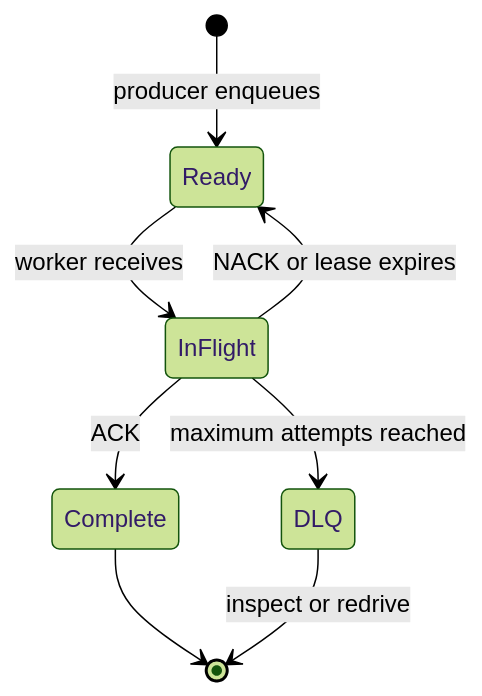
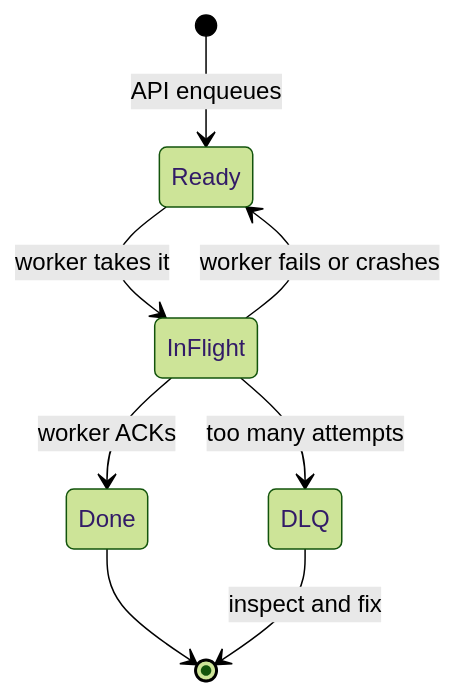
Before and after one commit to alanqi03/sys-design: the diagram in queues/queue-fundamentals.md, drawn with Mermaid (forest theme). The commit also changed other lines of this file and 6 other files, not shown here.

````diff
--- a/queues/queue-fundamentals.md
+++ b/queues/queue-fundamentals.md
@@ -24,10 +26,10 @@
 ```{mermaid}
 stateDiagram-v2
-  [*] --> Ready: producer enqueues
-  Ready --> InFlight: worker receives
-  InFlight --> Complete: ACK
-  InFlight --> Ready: NACK or lease expires
-  InFlight --> DLQ: maximum attempts reached
-  Complete --> [*]
-  DLQ --> [*]: inspect or redrive
+  [*] --> Ready: API enqueues
+  Ready --> InFlight: worker takes it
+  InFlight --> Done: worker ACKs
+  InFlight --> Ready: worker fails or crashes
+  InFlight --> DLQ: too many attempts
+  Done --> [*]
+  DLQ --> [*]: inspect and fix
 ```
````
